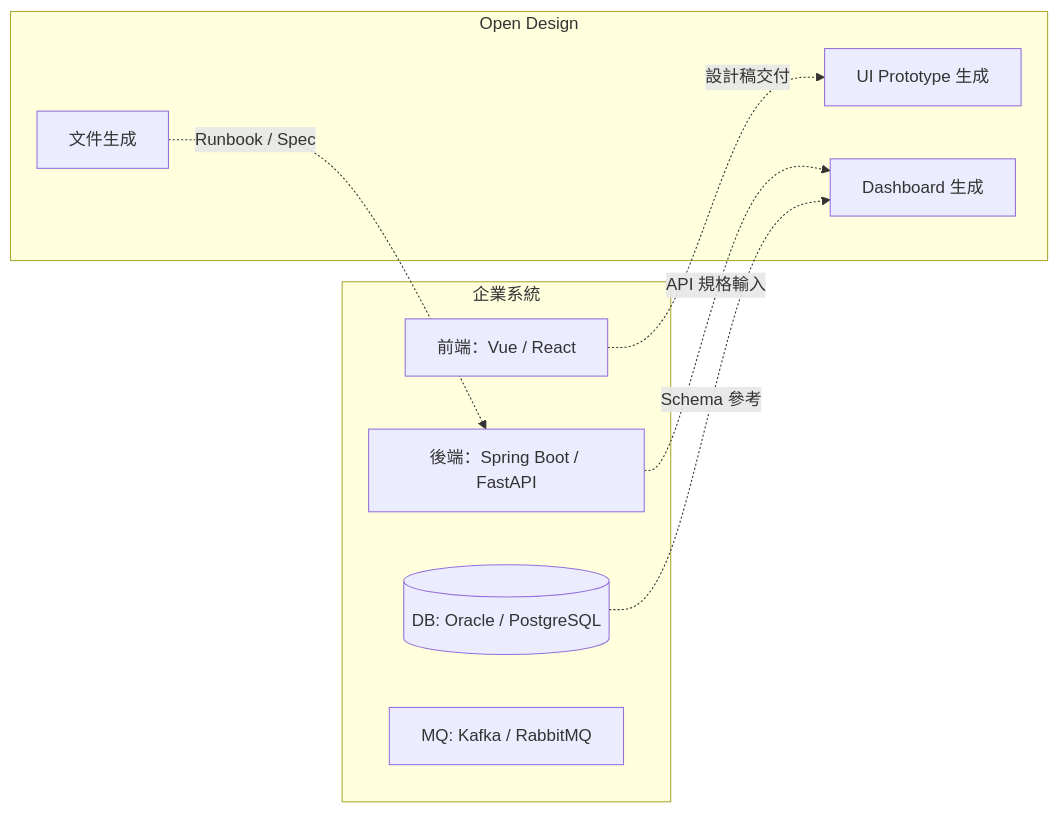
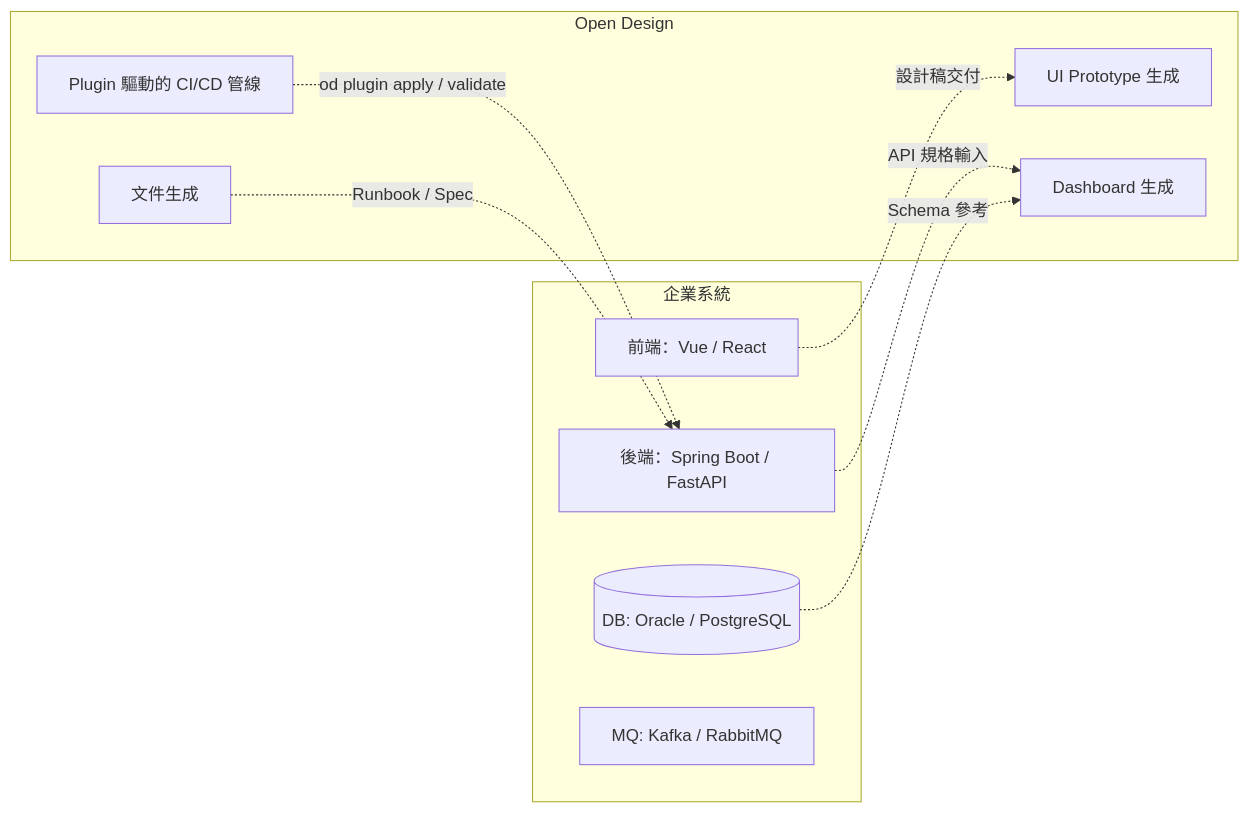
Before and after one commit to chihhung/Blog: the third of 10 diagrams in content/posts/教學/AI開發/open design 教學手冊.md, drawn with Mermaid. The commit also changed other lines of this file and 3 other files, not shown here.

````diff
--- a/content/posts/教學/AI開發/open design 教學手冊.md
+++ b/content/posts/教學/AI開發/open design 教學手冊.md
@@ -462,20 +448,22 @@
 ```mermaid
 graph LR
     subgraph Enterprise ["企業系統"]
         FE[前端：Vue / React]
         BE[後端：Spring Boot / FastAPI]
         DB[(DB: Oracle / PostgreSQL)]
         MQ[MQ: Kafka / RabbitMQ]
     end
 
     subgraph OD ["Open Design"]
         UIGen[UI Prototype 生成]
         DashGen[Dashboard 生成]
         DocGen[文件生成]
+        PluginPipe[Plugin 驅動的 CI/CD 管線]
     end
 
     FE -.->|設計稿交付| UIGen
     BE -.->|API 規格輸入| DashGen
+    PluginPipe -.->|od plugin apply / validate| BE
     DB -.->|Schema 參考| DashGen
     DocGen -.->|Runbook / Spec| BE
 ```
````
